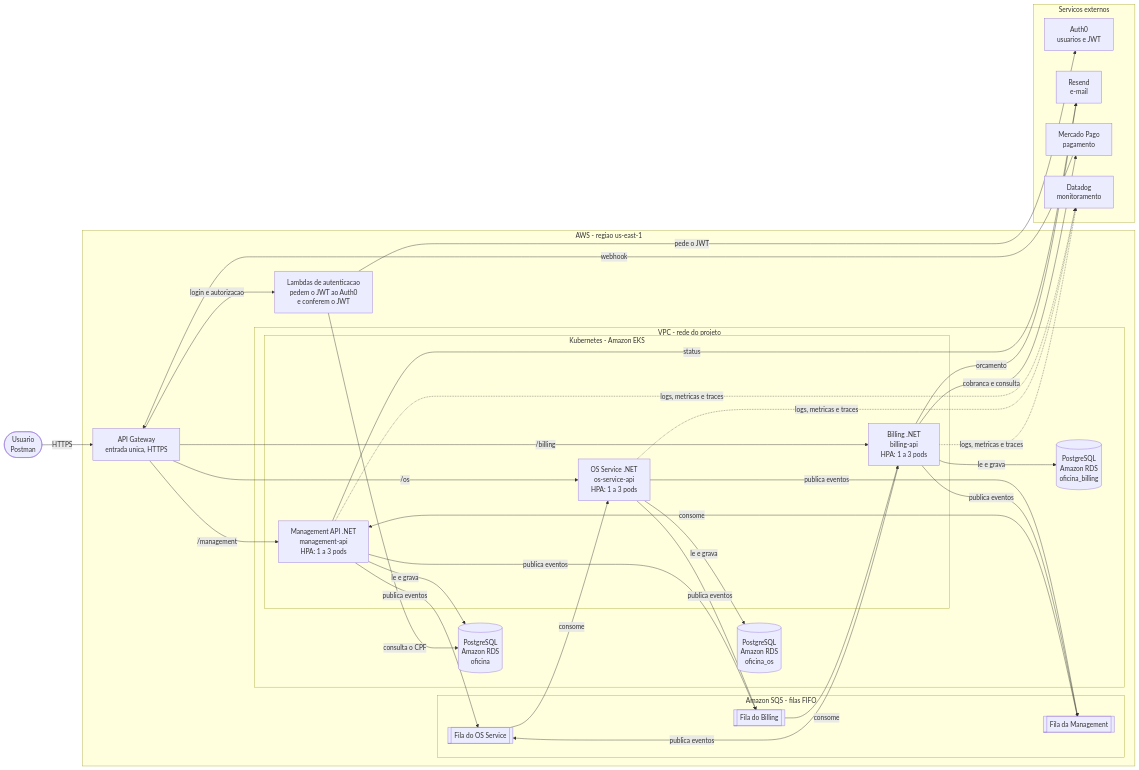
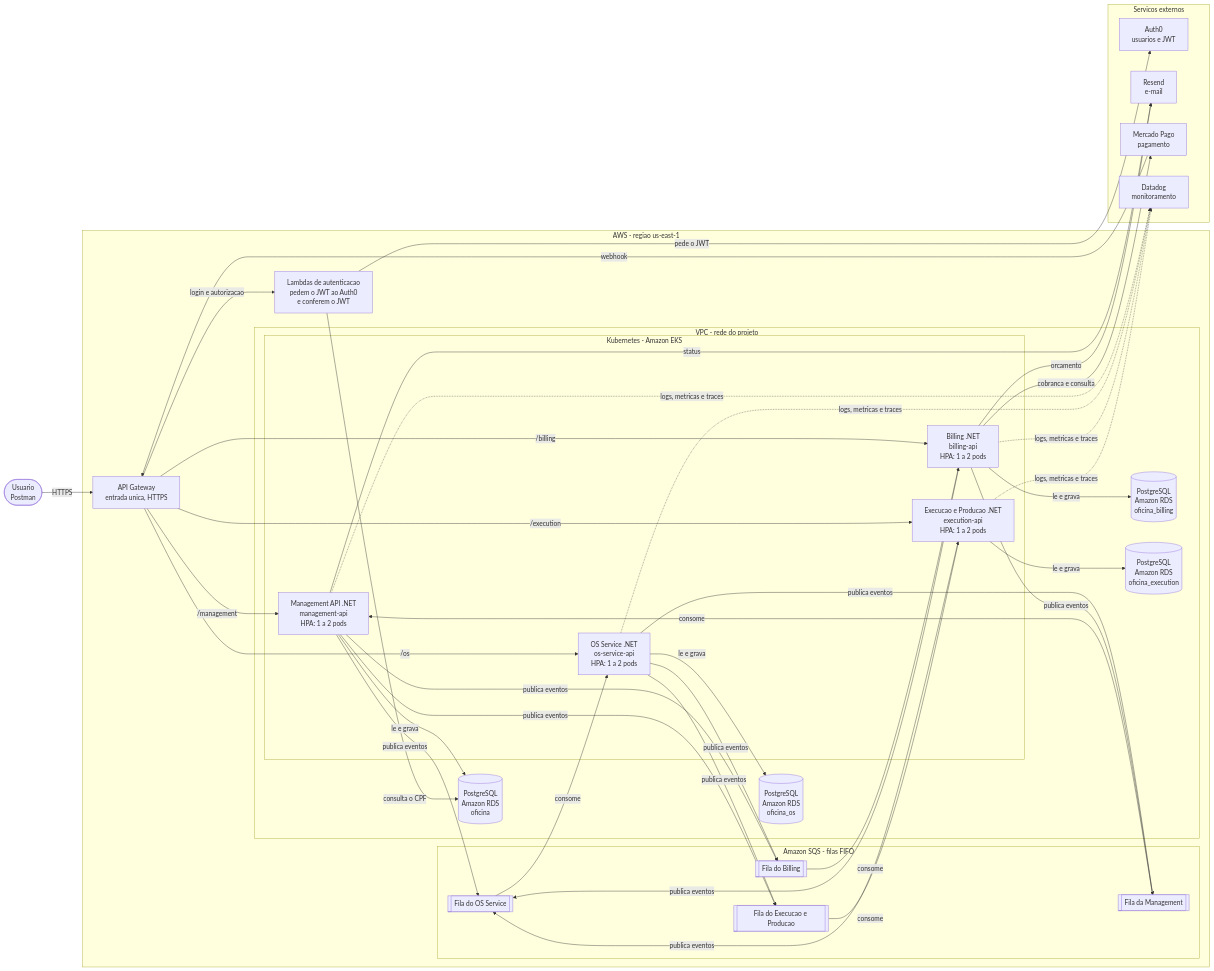
The first of 6 diagrams in docs/arquitetura.md (GuiToniello/tech-challenge-fase-4-MANAGEMENT-soat16-rm374658), drawn with Mermaid before and after one commit. The commit also changed other lines of this file and 48 other files, not shown here.

````diff
--- a/docs/arquitetura.md
+++ b/docs/arquitetura.md
@@ -52,60 +54,70 @@
 ```mermaid
 flowchart LR
   Usuario([Usuario<br/>Postman])
 
   subgraph AWS[AWS - regiao us-east-1]
     GW[API Gateway<br/>entrada unica, HTTPS]
     Lambdas[Lambdas de autenticacao<br/>pedem o JWT ao Auth0<br/>e conferem o JWT]
 
     subgraph SQS[Amazon SQS - filas FIFO]
       FilaM[[Fila da Management]]
       FilaOS[[Fila do OS Service]]
       FilaB[[Fila do Billing]]
+      FilaE[[Fila do Execucao e Producao]]
     end
 
     subgraph VPC[VPC - rede do projeto]
       subgraph EKS[Kubernetes - Amazon EKS]
-        API[Management API .NET<br/>management-api<br/>HPA: 1 a 3 pods]
-        OS[OS Service .NET<br/>os-service-api<br/>HPA: 1 a 3 pods]
-        BIL[Billing .NET<br/>billing-api<br/>HPA: 1 a 3 pods]
+        API[Management API .NET<br/>management-api<br/>HPA: 1 a 2 pods]
+        OS[OS Service .NET<br/>os-service-api<br/>HPA: 1 a 2 pods]
+        BIL[Billing .NET<br/>billing-api<br/>HPA: 1 a 2 pods]
+        EXE[Execucao e Producao .NET<br/>execution-api<br/>HPA: 1 a 2 pods]
       end
       DB[(PostgreSQL<br/>Amazon RDS<br/>oficina)]
       DBOS[(PostgreSQL<br/>Amazon RDS<br/>oficina_os)]
       DBB[(PostgreSQL<br/>Amazon RDS<br/>oficina_billing)]
+      DBE[(PostgreSQL<br/>Amazon RDS<br/>oficina_execution)]
     end
   end
 
   subgraph Externos[Servicos externos]
     Auth0[Auth0<br/>usuarios e JWT]
     Resend[Resend<br/>e-mail]
     MP[Mercado Pago<br/>pagamento]
     Datadog[Datadog<br/>monitoramento]
   end
 
   Usuario -->|HTTPS| GW
   GW -->|login e autorizacao| Lambdas
   GW -->|/management| API
   GW -->|/os| OS
   GW -->|/billing| BIL
+  GW -->|/execution| EXE
   Lambdas -->|consulta o CPF| DB
   Lambdas -->|pede o JWT| Auth0
   API -->|le e grava| DB
   OS -->|le e grava| DBOS
   BIL -->|le e grava| DBB
+  EXE -->|le e grava| DBE
   OS -->|publica eventos| FilaM
   OS -->|publica eventos| FilaB
+  OS -->|publica eventos| FilaE
   API -->|publica eventos| FilaOS
   API -->|publica eventos| FilaB
+  API -->|publica eventos| FilaE
   BIL -->|publica eventos| FilaOS
   BIL -->|publica eventos| FilaM
+  EXE -->|publica eventos| FilaOS
   FilaM -->|consome| API
   FilaOS -->|consome| OS
   FilaB -->|consome| BIL
+  FilaE -->|consome| EXE
   API -->|status| Resend
   BIL -->|orcamento| Resend
   BIL -->|cobranca e consulta| MP
   MP -->|webhook| GW
   API -.->|logs, metricas e traces| Datadog
   OS -.->|logs, metricas e traces| Datadog
   BIL -.->|logs, metricas e traces| Datadog
+  EXE -.->|logs, metricas e traces| Datadog
 ```
````
